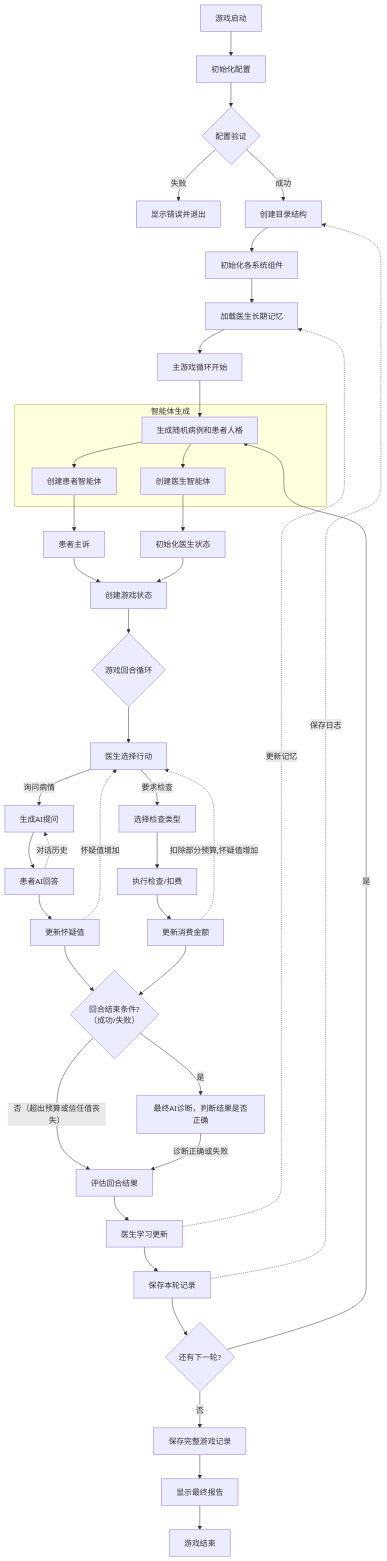
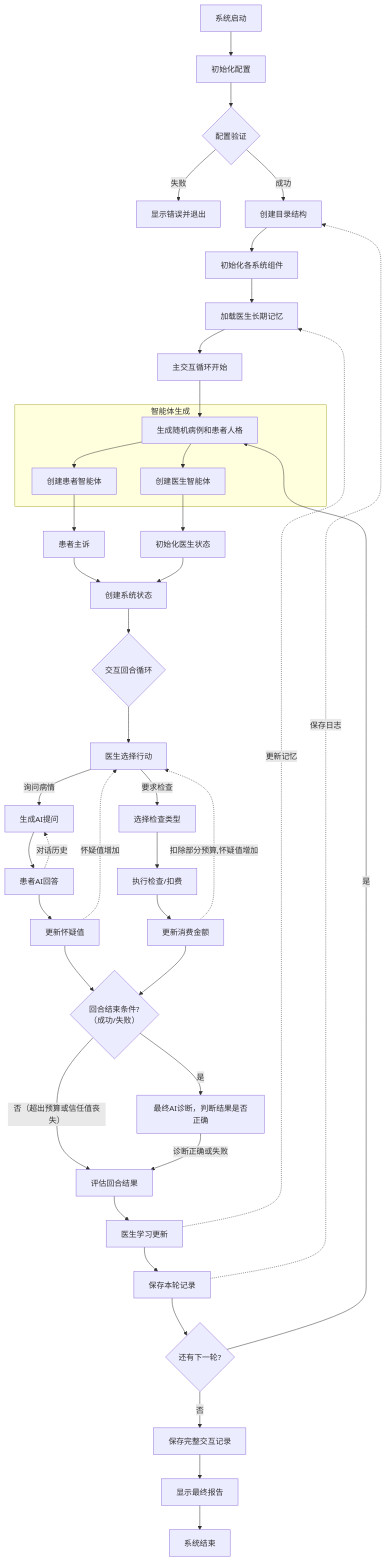
Before and after one commit to xxt314062-lgtm/AI-Doctor-Patient-Diagnostic-System-CN: the diagram in README.md, drawn with Mermaid. The commit also changed other lines of this file, not shown here.

````diff
--- a/README.md
+++ b/README.md
@@ -113,62 +113,62 @@
 ```mermaid
     graph TD
-    A[游戏启动] --> B[初始化配置]
+    A[系统启动] --> B[初始化配置]
     B --> C{配置验证}
     C -->|失败| D[显示错误并退出]
     C -->|成功| E[创建目录结构]
     
     E --> F[初始化各系统组件]
     F --> G[加载医生长期记忆]
     
-    G --> H[主游戏循环开始]
+    G --> H[主交互循环开始]
     
     H --> I[生成随机病例和患者人格]
     
     subgraph "智能体生成"
         I --> J[创建患者智能体]
         I --> K[创建医生智能体]
     end
     
     J --> L[患者主诉]
     K --> M[初始化医生状态]
     
-    L --> N[创建游戏状态]
+    L --> N[创建系统状态]
     M --> N
     
-    N --> O{游戏回合循环}
+    N --> O{交互回合循环}
     
     O --> P[医生选择行动]
     
     P -->|询问病情| Q[生成AI提问]
     Q --> R[患者AI回答]
     R --> S[更新怀疑值]
     
     P -->|要求检查| T[选择检查类型]
     T --> U[执行检查/扣费]
     U --> V[更新消费金额]
     
     S --> W{回合结束条件?
     （成功/失败）}
     V --> W
     
     W -->|否（超出预算或信任值丧失）| Y
     W -->|是| X[最终AI诊断，判断结果是否正确]
     
     X -->|诊断正确或失败| Y[评估回合结果]
     Y --> Z[医生学习更新]
     Z --> AA[保存本轮记录]
     
     AA --> BB{还有下一轮?}
     BB -->|是| I
-    BB -->|否| CC[保存完整游戏记录]
+    BB -->|否| CC[保存完整交互记录]
     
     CC --> DD[显示最终报告]
-    DD --> EE[游戏结束]
+    DD --> EE[系统结束]
     
     %% 数据流连接
     R -.->|对话历史| Q
     S -.->|怀疑值增加| P
     V -.->|扣除部分预算,怀疑值增加| P
     Z -.->|更新记忆| G
     AA -.->|保存日志| E
 ```
````
